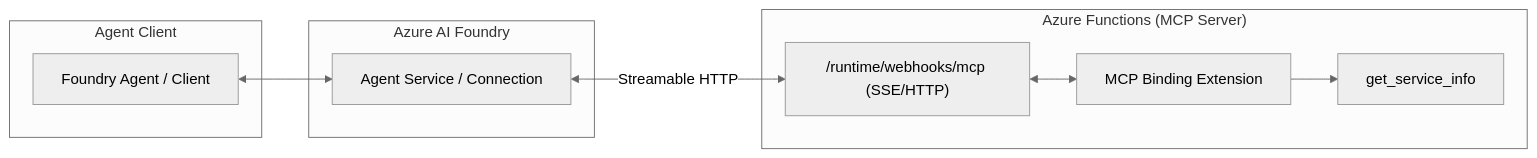
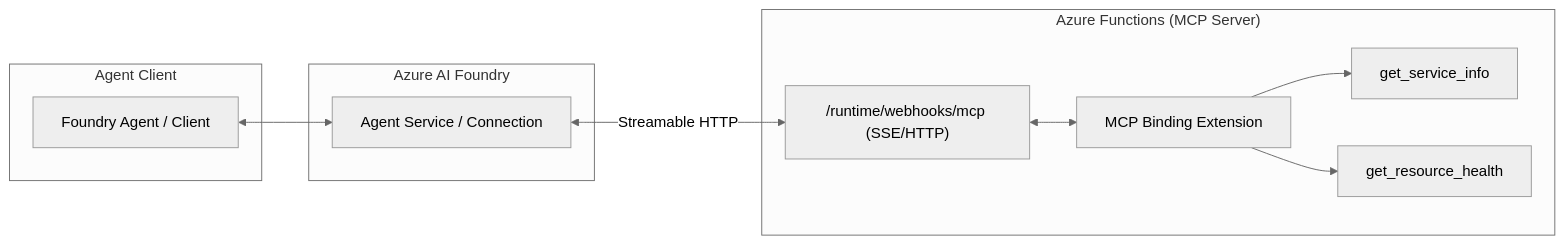
Before and after one commit to wildersa/azure_ref_kit: the diagram in building-blocks/mcp/azure-functions-mcp-endpoint/README.md, drawn with Mermaid (neutral theme). The commit also changed other lines of this file and 8 other files, not shown here.

````diff
--- a/building-blocks/mcp/azure-functions-mcp-endpoint/README.md
+++ b/building-blocks/mcp/azure-functions-mcp-endpoint/README.md
@@ -10,21 +10,23 @@
 ```mermaid
 flowchart LR
     subgraph "Agent Client"
         Agent[Foundry Agent / Client]
     end
 
     subgraph "Azure AI Foundry"
         Foundry[Agent Service / Connection]
     end
 
     subgraph "Azure Functions (MCP Server)"
         Endpoint["/runtime/webhooks/mcp (SSE/HTTP)"]
         Extension[MCP Binding Extension]
         Tool1[get_service_info]
+        Tool2[get_resource_health]
     end
 
     Agent <--> Foundry
     Foundry <-->|Streamable HTTP| Endpoint
     Endpoint <--> Extension
     Extension --> Tool1
+    Extension --> Tool2
 ```
````
